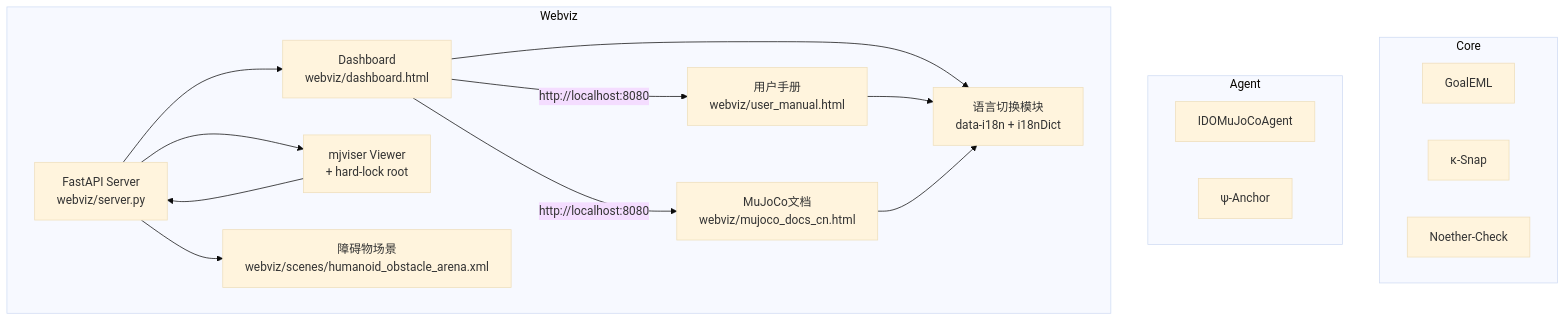
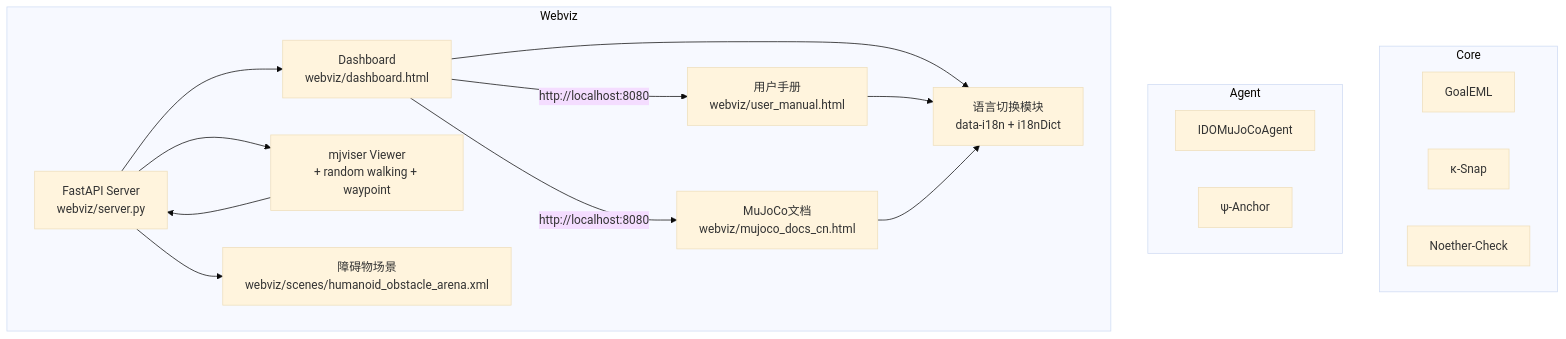
Before and after one commit to lisoleg/MuJoCo-Bench-IDO: the sixth of 7 diagrams in docs/ARCHITECTURE.md, drawn with Mermaid (base theme). The commit also changed other lines of this file and 3 other files, not shown here.

First line of the commit message:
v0.4.3: mjviser random walking controller + obstacle arena

````diff
--- a/docs/ARCHITECTURE.md
+++ b/docs/ARCHITECTURE.md
@@ -629,33 +646,33 @@
 ```mermaid
 graph TB
     subgraph Core
         GoalEML["GoalEML"]
         KappaSnap["κ-Snap"]
         Noether["Noether-Check"]
     end
 
     subgraph Agent
         IDOAgent["IDOMuJoCoAgent"]
         PsiAnchor["ψ-Anchor"]
     end
 
     subgraph Webviz
         FastAPI["FastAPI Server<br/>webviz/server.py"]
         Dashboard["Dashboard<br/>webviz/dashboard.html"]
-        Mjviser["mjviser Viewer<br/>+ hard-lock root"]
+        Mjviser["mjviser Viewer<br/>+ random walking + waypoint"]
         UserManual["用户手册<br/>webviz/user_manual.html"]
         MuJoCoDocs["MuJoCo文档<br/>webviz/mujoco_docs_cn.html"]
         ObstacleScene["障碍物场景<br/>webviz/scenes/humanoid_obstacle_arena.xml"]
         I18nModule["语言切换模块<br/>data-i18n + i18nDict"]
     end
 
     FastAPI --> Dashboard
     FastAPI --> Mjviser
     FastAPI --> ObstacleScene
     Dashboard --> I18nModule
     UserManual --> I18nModule
     MuJoCoDocs --> I18nModule
     Dashboard -->|"http://localhost:8080"| UserManual
     Dashboard -->|"http://localhost:8080"| MuJoCoDocs
     Mjviser --> FastAPI
 ```
````
